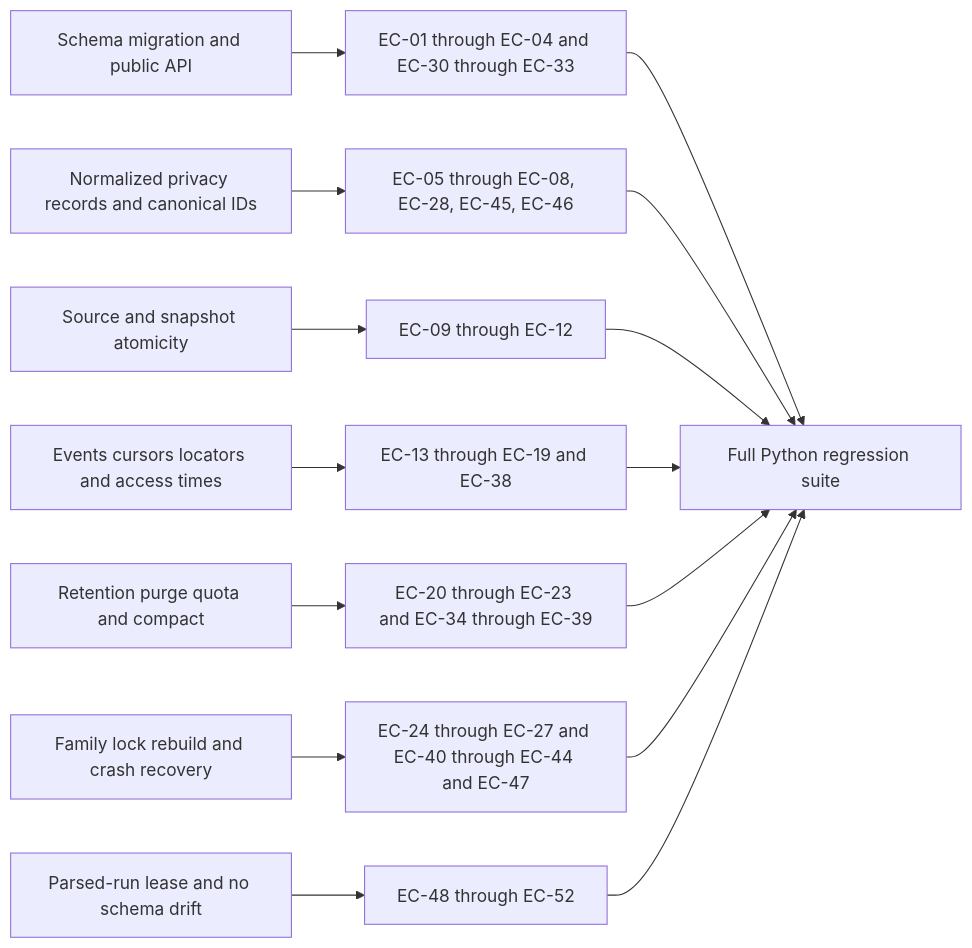
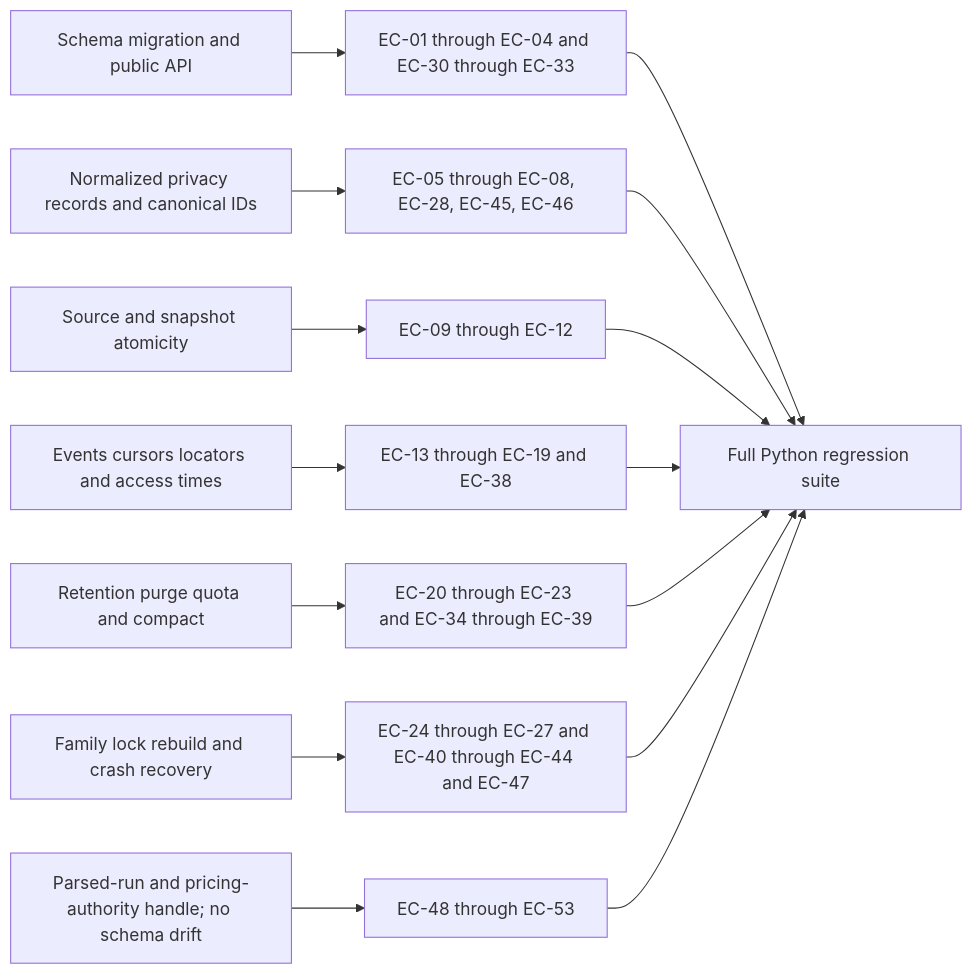
Before and after one commit to martinbechard/agent-runner: the sixth of 6 diagrams in docs/design/components/CD-003-agent-report-normalized-event-cache.md, drawn with Mermaid. The commit also changed other lines of this file and 1 other file, not shown here.

Commit message:
docs(report): synchronize heatmap authority contract

````diff
--- a/docs/design/components/CD-003-agent-report-normalized-event-cache.md
+++ b/docs/design/components/CD-003-agent-report-normalized-event-cache.md
@@ -1496,17 +1513,17 @@
 ```mermaid
 flowchart LR
   Schema[Schema migration and public API] --> CoreTests[EC-01 through EC-04 and EC-30 through EC-33]
   Privacy[Normalized privacy records and canonical IDs] --> PrivacyTests[EC-05 through EC-08, EC-28, EC-45, EC-46]
   Revisions[Source and snapshot atomicity] --> RevisionTests[EC-09 through EC-12]
   Query[Events cursors locators and access times] --> QueryTests[EC-13 through EC-19 and EC-38]
   Maintenance[Retention purge quota and compact] --> MaintenanceTests[EC-20 through EC-23 and EC-34 through EC-39]
   Portability[Family lock rebuild and crash recovery] --> PortabilityTests[EC-24 through EC-27 and EC-40 through EC-44 and EC-47]
-  Heatmap[Parsed-run lease and no schema drift] --> HeatmapTests[EC-48 through EC-52]
+  Heatmap[Parsed-run and pricing-authority handle; no schema drift] --> HeatmapTests[EC-48 through EC-53]
   CoreTests --> Full[Full Python regression suite]
   PrivacyTests --> Full
   RevisionTests --> Full
   QueryTests --> Full
   MaintenanceTests --> Full
   PortabilityTests --> Full
   HeatmapTests --> Full
 ```
````
